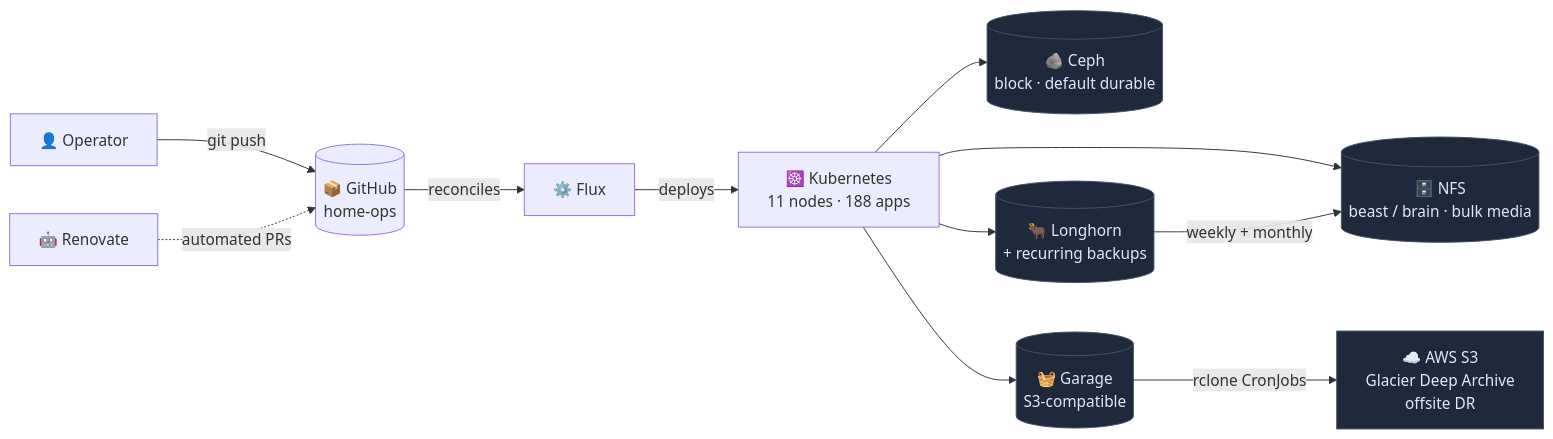
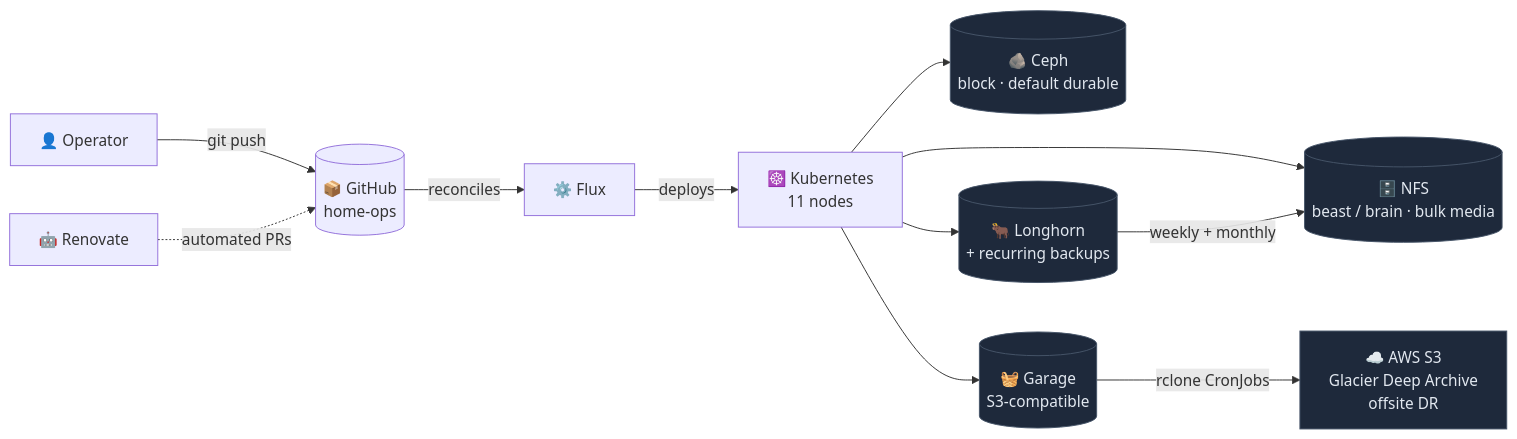
The first of 2 diagrams in README.md (rwlove/home-ops), drawn with Mermaid before and after one commit. The commit also changed other lines of this file and 4 other files, not shown here.

````diff
--- a/README.md
+++ b/README.md
@@ -40,18 +40,18 @@
 ```mermaid
 flowchart LR
     Dev[👤 Operator] -->|git push| Repo[(📦 GitHub<br/>home-ops)]
     Renovate[🤖 Renovate] -.->|automated PRs| Repo
     Repo -->|reconciles| Flux[⚙️ Flux]
-    Flux -->|deploys| Cluster[☸️ Kubernetes<br/>11 nodes · 188 apps]
+    Flux -->|deploys| Cluster[☸️ Kubernetes<br/>11 nodes]
 
     Cluster --> Ceph[(🪨 Ceph<br/>block · default durable)]
     Cluster --> LH[(🐂 Longhorn<br/>+ recurring backups)]
     Cluster --> Garage[(🧺 Garage<br/>S3-compatible)]
     Cluster --> NFS[(🗄️ NFS<br/>beast / brain · bulk media)]
 
     LH -->|weekly + monthly| NFS
     Garage -->|rclone CronJobs| AWS[☁️ AWS S3<br/>Glacier Deep Archive<br/>offsite DR]
 
     classDef store fill:#1e293b,stroke:#475569,color:#e2e8f0
     class Ceph,LH,Garage,NFS,AWS store
 ```
````
